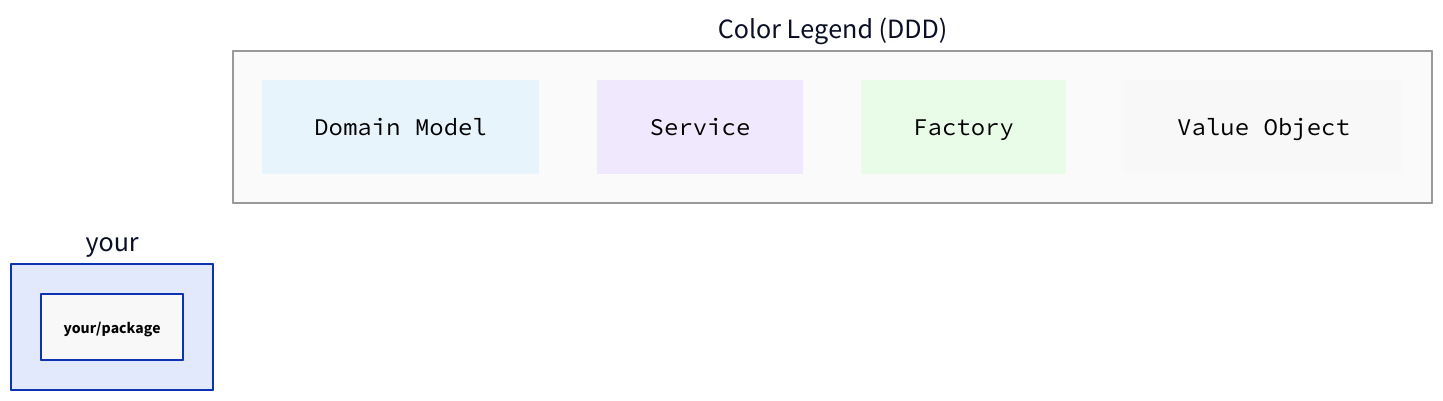
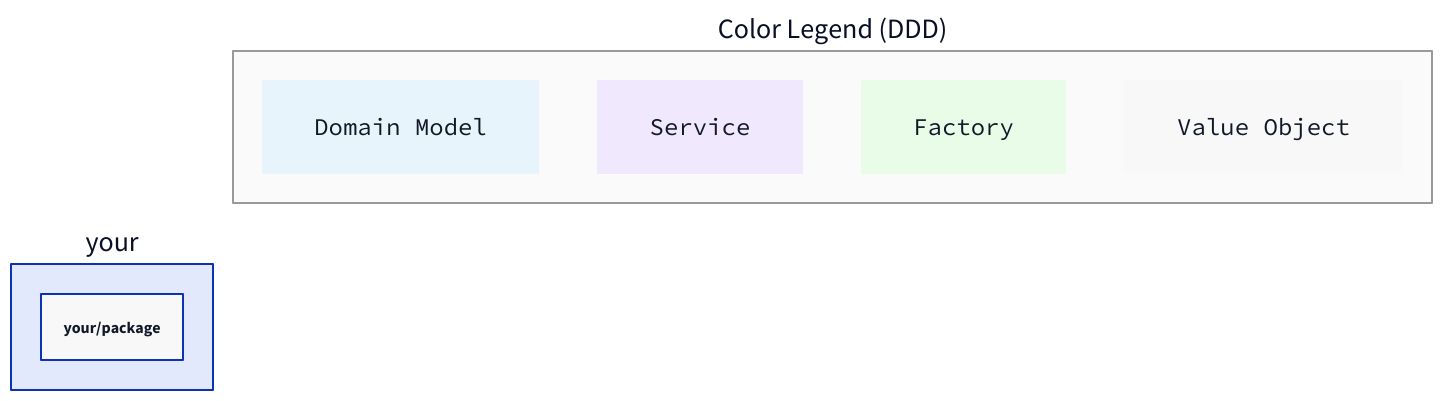
One commit to kgatilin/wyrd changed the first of 15 diagrams in docs/d2guide.md. Above: the diagram before and after it, drawn with D2. The commit also changed other lines of this file and 12 other files, not shown here.

Commit message:
Fix D2 diagram style contrast and overrides

````diff
--- a/docs/d2guide.md
+++ b/docs/d2guide.md
@@ -9,58 +9,74 @@
 ```d2
 # Style classes
 classes: {
   domain: {
     style.fill: "#e8f4fc"
-    style.font-color: "#000"
+    style.font-color: "#111827"
   }
   service: {
     style.fill: "#f0e8fc"
-    style.font-color: "#000"
+    style.font-color: "#111827"
   }
   factory: {
     style.fill: "#e8fce8"
-    style.font-color: "#000"
+    style.font-color: "#111827"
   }
   value: {
     style.fill: "#f8f8f8"
-    style.font-color: "#000"
+    style.font-color: "#111827"
+  }
+  domain_symbol: {
+    style.fill: "#1d4ed8"
+    style.font-color: "#ffffff"
+  }
+  service_symbol: {
+    style.fill: "#6d28d9"
+    style.font-color: "#ffffff"
+  }
+  factory_symbol: {
+    style.fill: "#166534"
+    style.font-color: "#ffffff"
+  }
+  value_symbol: {
+    style.fill: "#374151"
+    style.font-color: "#ffffff"
   }
 }
 
 # Legend
 legend: {
   label: "Color Legend (DDD)"
   style.stroke: "#999"
   style.fill: "#fafafa"
   near: top-right
 
   aggregate: {
     label: "Domain Model"
     shape: class
     class: domain
   }
   service: {
     label: "Service"
     shape: class
     class: service
   }
   factory: {
     label: "Factory"
     shape: class
     class: factory
   }
   options: {
     label: "Value Object"
     shape: class
     class: value
   }
 }
 
 # Packages
 your.package: {
   label: "your/package"
   class: value
 
   # Add symbols here...
 }
 ```
````
